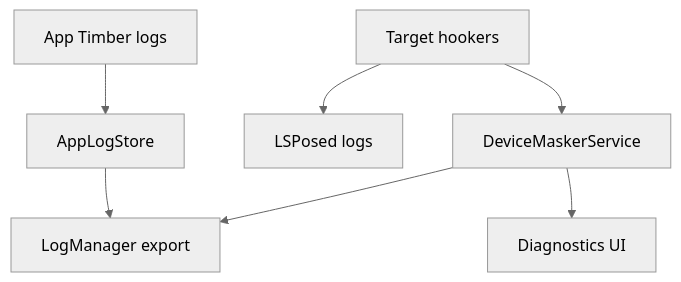
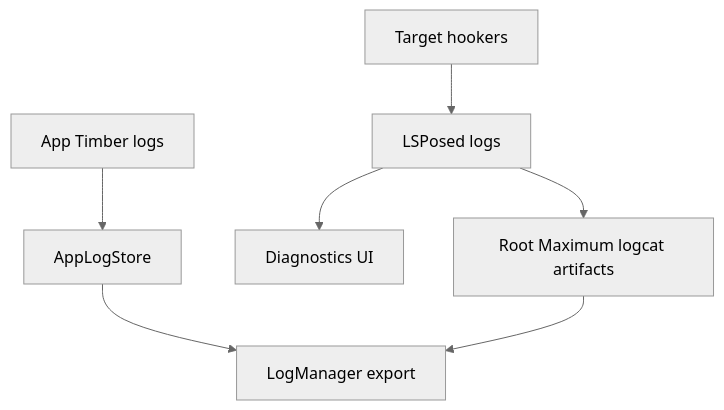
Before and after one commit to mohdakil2426/Device-Masker: the fifth of 6 diagrams in docs/public/ARCHITECTURE.md, drawn with Mermaid (neutral theme). The commit also changed other lines of this file and 52 other files, not shown here.

````diff
--- a/docs/public/ARCHITECTURE.md
+++ b/docs/public/ARCHITECTURE.md
@@ -157,16 +156,15 @@
 ```mermaid
 flowchart TD
     AppTimber["App Timber logs"]
     AppStore["AppLogStore"]
     Export["LogManager export"]
     Hook["Target hookers"]
     LS["LSPosed logs"]
-    Svc["DeviceMaskerService"]
     UI["Diagnostics UI"]
+    Root["Root Maximum logcat artifacts"]
 
     AppTimber --> AppStore --> Export
     Hook --> LS
-    Hook --> Svc
-    Svc --> UI
-    Svc --> Export
+    LS --> UI
+    LS --> Root --> Export
 ```
````
